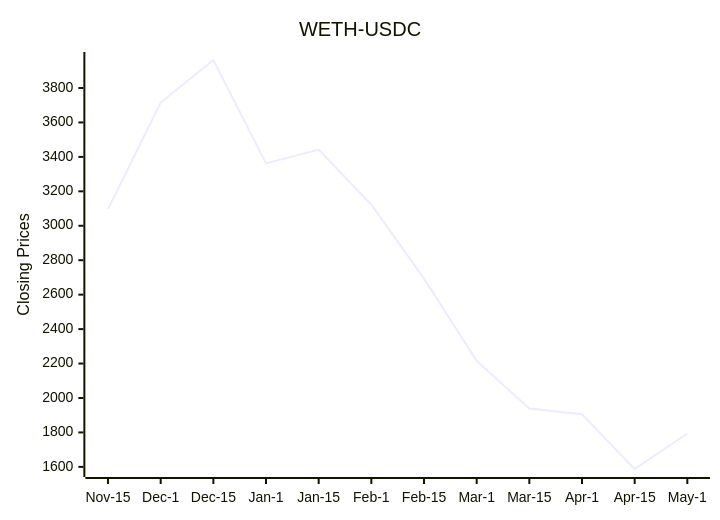
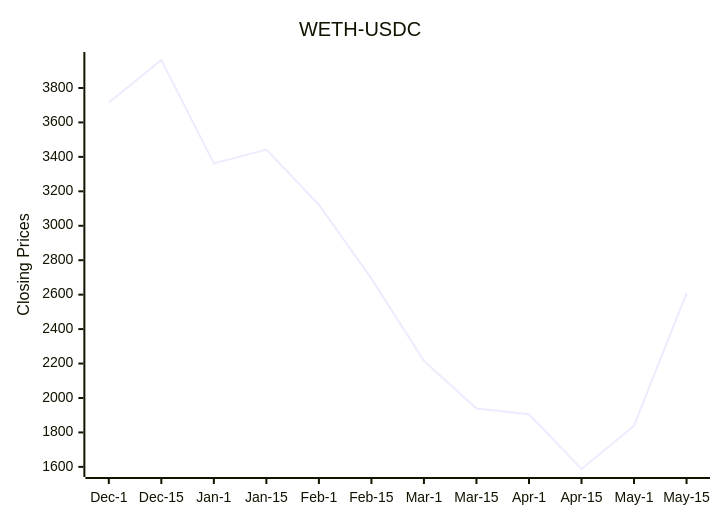
One commit to bicced/ReadmeCryptoPriceChart changed the diagram in README.md. Above: the diagram before and after it, drawn with Mermaid.

Commit message:
Update README with latest DEX data

````diff
--- a/README.md
+++ b/README.md
@@ -6,7 +6,7 @@
 ```mermaid
 xychart-beta
   title "WETH-USDC"
-  x-axis [Nov-15,Dec-1,Dec-15,Jan-1,Jan-15,Feb-1,Feb-15,Mar-1,Mar-15,Apr-1,Apr-15,May-1]
+  x-axis [Dec-1,Dec-15,Jan-1,Jan-15,Feb-1,Feb-15,Mar-1,Mar-15,Apr-1,Apr-15,May-1,May-15]
   y-axis "Closing Prices" 1587.66 --> 3962.56899349177
-  line [3096.49585789669,3715.59825684283,3962.56899349177,3362.281527969,3442.60666821535,3122.15,2693.01,2215.45,1939.29,1905.62,1587.66,1793.94]
+  line [3715.59825684283,3962.56899349177,3362.281527969,3442.60666821535,3122.15,2693.01,2215.45,1939.29,1905.62,1587.66,1839.06,2608.51]
 ```
````
